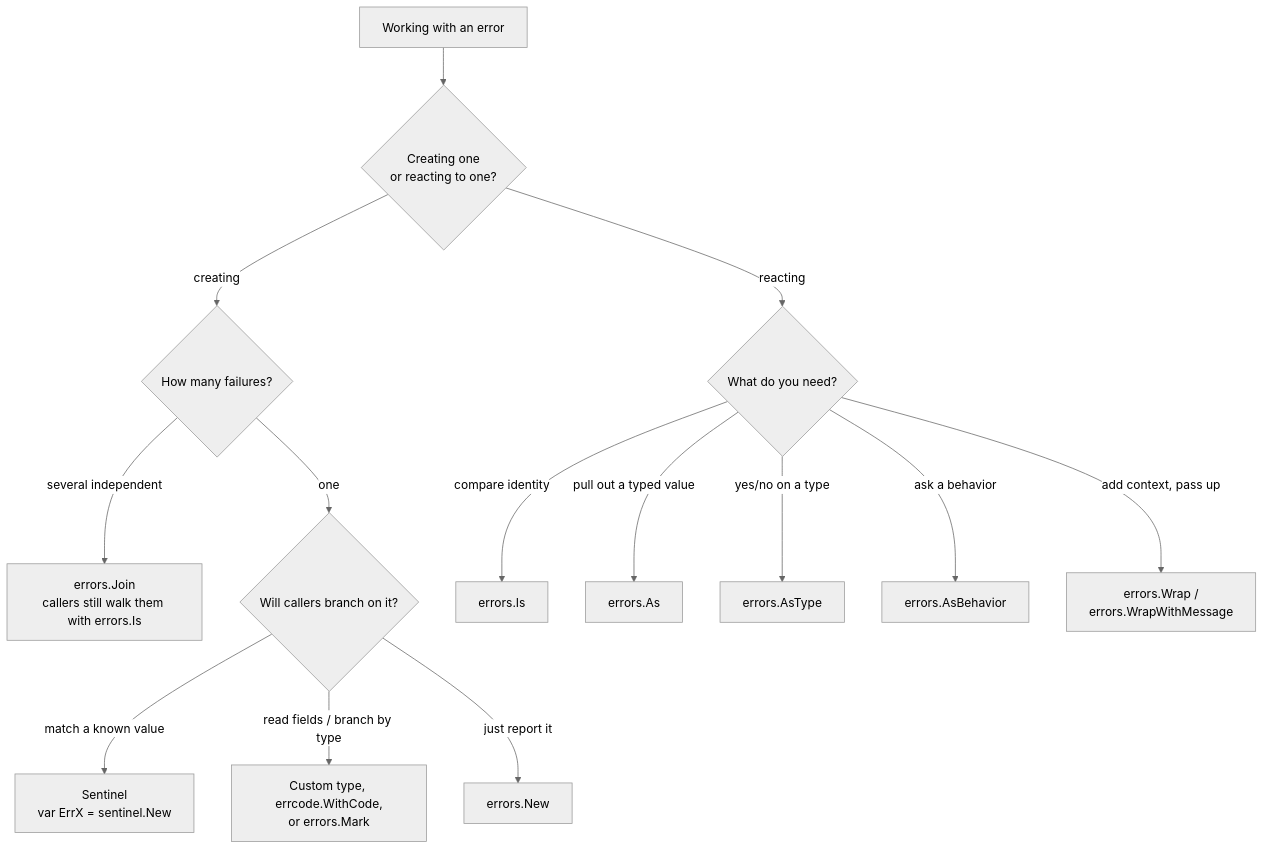
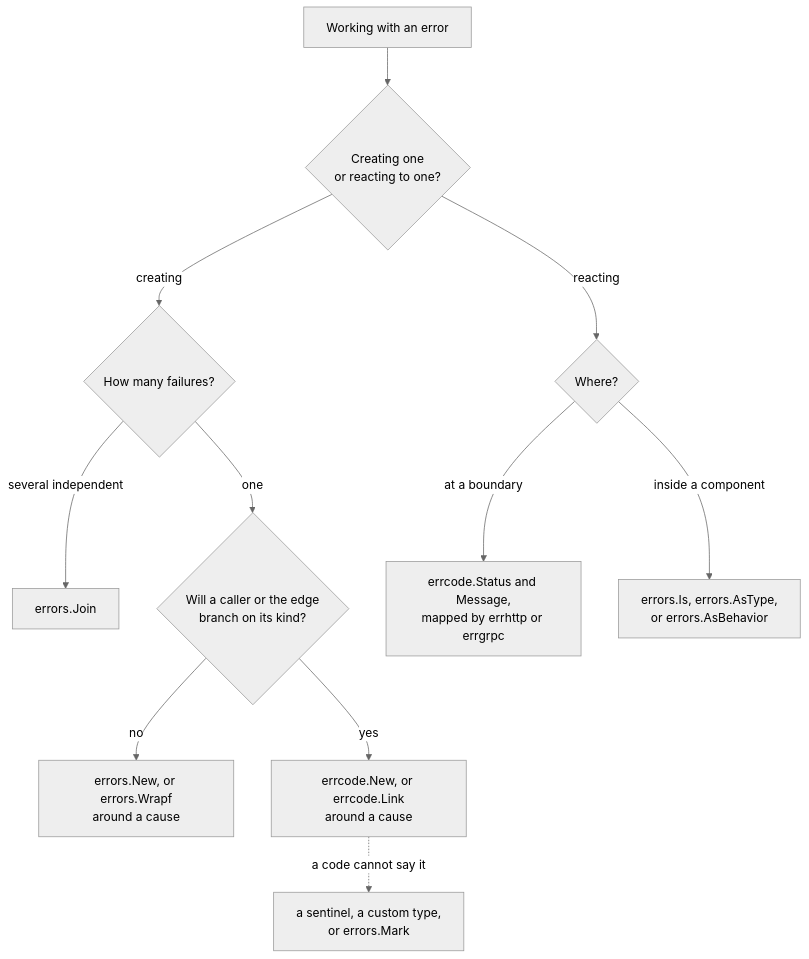
One commit to StevenACoffman/toerr changed the second of 2 diagrams in philosophy.md. Above: the diagram before and after it, drawn with Mermaid (neutral theme). The commit also changed other lines of this file and 71 other files, not shown here.

````diff
--- a/philosophy.md
+++ b/philosophy.md
@@ -513,16 +930,13 @@
 ```mermaid
 graph TD
     A[Working with an error] --> B{Creating one<br/>or reacting to one?}
     B -->|creating| C{How many failures?}
-    C -->|several independent| D[errors.Join<br/>callers still walk them with errors.Is]
-    C -->|one| E{Will callers branch on it?}
-    E -->|match a known value| F[Sentinel<br/>var ErrX = sentinel.New]
-    E -->|read fields / branch by type| G[Custom type, errcode.WithCode,<br/>or errors.Mark]
-    E -->|just report it| H[errors.New]
-    B -->|reacting| I{What do you need?}
-    I -->|compare identity| J[errors.Is]
-    I -->|pull out a typed value| K[errors.As]
-    I -->|yes/no on a type| L[errors.AsType]
-    I -->|ask a behavior| N[errors.AsBehavior]
-    I -->|add context, pass up| M[errors.Wrap /<br/>errors.WrapWithMessage]
+    C -->|several independent| D[errors.Join]
+    C -->|one| E{Will a caller or the edge<br/>branch on its kind?}
+    E -->|no| F[errors.New, or errors.Wrapf<br/>around a cause]
+    E -->|yes| G[errcode.New, or errcode.Link<br/>around a cause]
+    G -.a code cannot say it.-> H[a sentinel, a custom type,<br/>or errors.Mark]
+    B -->|reacting| I{Where?}
+    I -->|at a boundary| J[errcode.Status and Message,<br/>mapped by errhttp or errgrpc]
+    I -->|inside a component| K[errors.Is, errors.AsType,<br/>or errors.AsBehavior]
 ```
````
